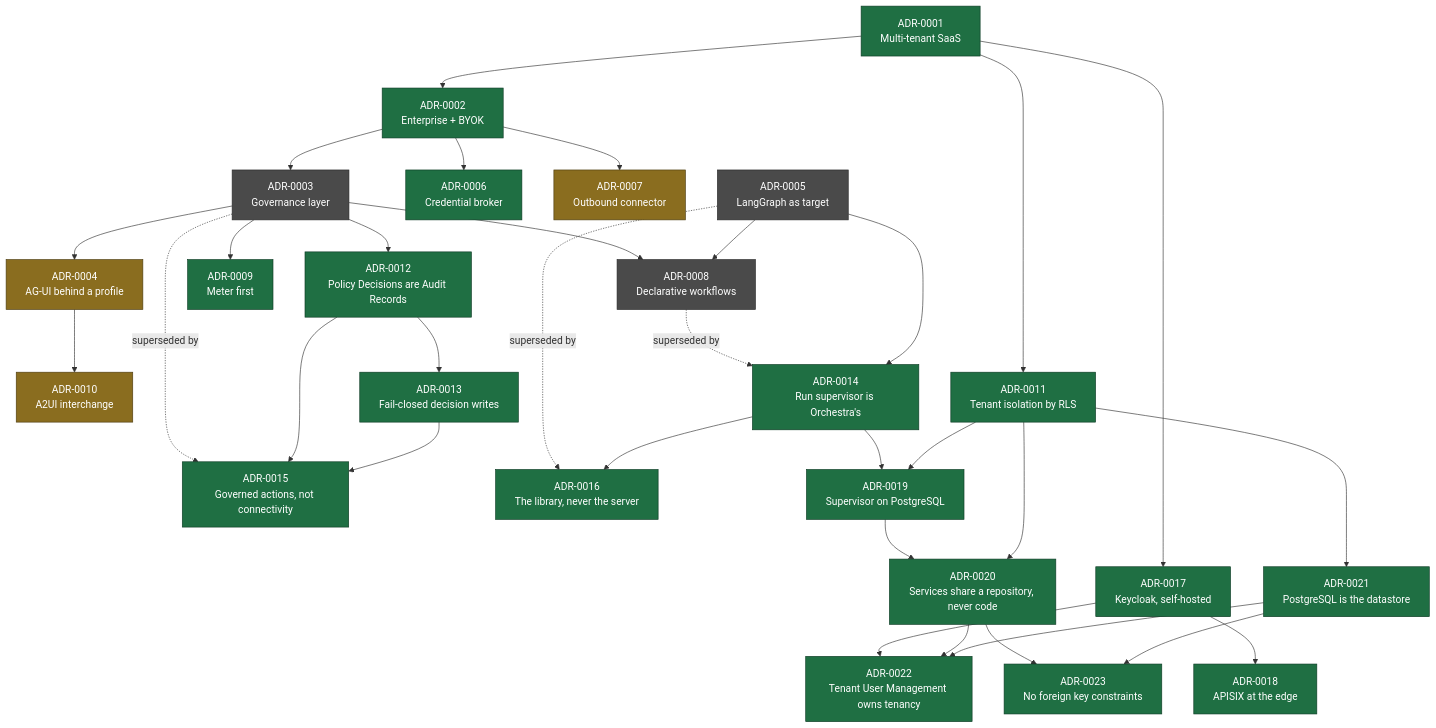
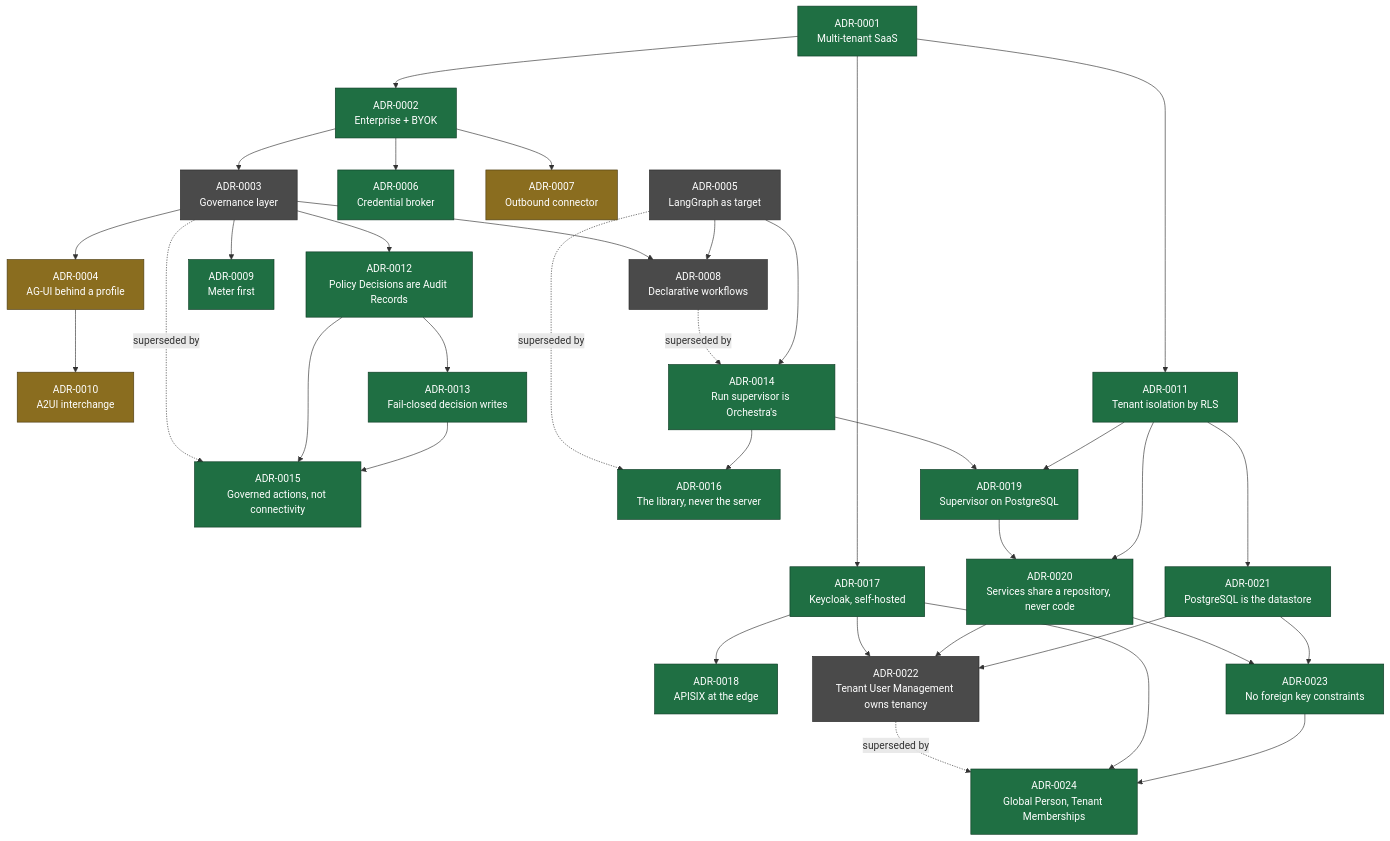
Before and after one commit to ayesigapaul/orchestra: the diagram in docs/adr/README.md, drawn with Mermaid. The commit also changed other lines of this file and 18 other files, not shown here.

First line of the commit message:
adr(adr): Record one global Person per human, with a Membership per Tenant (#35)

````diff
--- a/docs/adr/README.md
+++ b/docs/adr/README.md
@@ -56,41 +57,44 @@
 ```mermaid
 flowchart TD
   A1["ADR-0001<br/>Multi-tenant SaaS"] --> A2["ADR-0002<br/>Enterprise + BYOK"]
   A2 --> A3["ADR-0003<br/>Governance layer"]
   A2 --> A6["ADR-0006<br/>Credential broker"]
   A2 --> A7["ADR-0007<br/>Outbound connector"]
   A3 --> A4["ADR-0004<br/>AG-UI behind a profile"]
   A3 --> A8["ADR-0008<br/>Declarative workflows"]
   A3 --> A9["ADR-0009<br/>Meter first"]
   A5["ADR-0005<br/>LangGraph as target"] --> A8
   A4 --> A10["ADR-0010<br/>A2UI interchange"]
   A1 --> A11["ADR-0011<br/>Tenant isolation by RLS"]
   A3 --> A12["ADR-0012<br/>Policy Decisions are Audit Records"]
   A12 --> A13["ADR-0013<br/>Fail-closed decision writes"]
   A8 -.->|superseded by| A14["ADR-0014<br/>Run supervisor is Orchestra's"]
   A5 --> A14
   A3 -.->|superseded by| A15["ADR-0015<br/>Governed actions, not connectivity"]
   A12 --> A15
   A13 --> A15
   A5 -.->|superseded by| A16["ADR-0016<br/>The library, never the server"]
   A14 --> A16
   A1 --> A17["ADR-0017<br/>Keycloak, self-hosted"]
   A17 --> A18["ADR-0018<br/>APISIX at the edge"]
   A14 --> A19["ADR-0019<br/>Supervisor on PostgreSQL"]
   A11 --> A19
   A19 --> A20["ADR-0020<br/>Services share a repository, never code"]
   A11 --> A20
   A11 --> A21["ADR-0021<br/>PostgreSQL is the datastore"]
   A17 --> A22["ADR-0022<br/>Tenant User Management owns tenancy"]
   A20 --> A22
   A21 --> A22
   A20 --> A23["ADR-0023<br/>No foreign key constraints"]
   A21 --> A23
+  A22 -.->|superseded by| A24["ADR-0024<br/>Global Person, Tenant Memberships"]
+  A17 --> A24
+  A23 --> A24
 
   classDef accepted fill:#1f6f43,stroke:#0d3b24,color:#fff;
   classDef proposed fill:#8a6d1f,stroke:#4d3c10,color:#fff;
   classDef superseded fill:#4a4a4a,stroke:#2a2a2a,color:#fff;
-  class A1,A2,A6,A9,A11,A12,A13,A14,A15,A16,A17,A18,A19,A20,A21,A22,A23 accepted;
+  class A1,A2,A6,A9,A11,A12,A13,A14,A15,A16,A17,A18,A19,A20,A21,A23,A24 accepted;
   class A4,A7,A10 proposed;
-  class A3,A5,A8 superseded;
+  class A3,A5,A8,A22 superseded;
 ```
````
